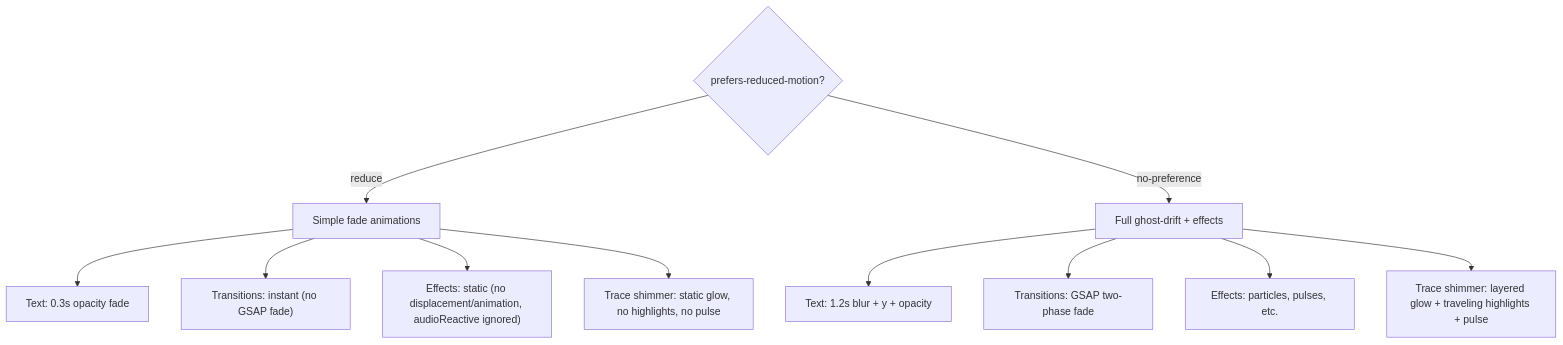
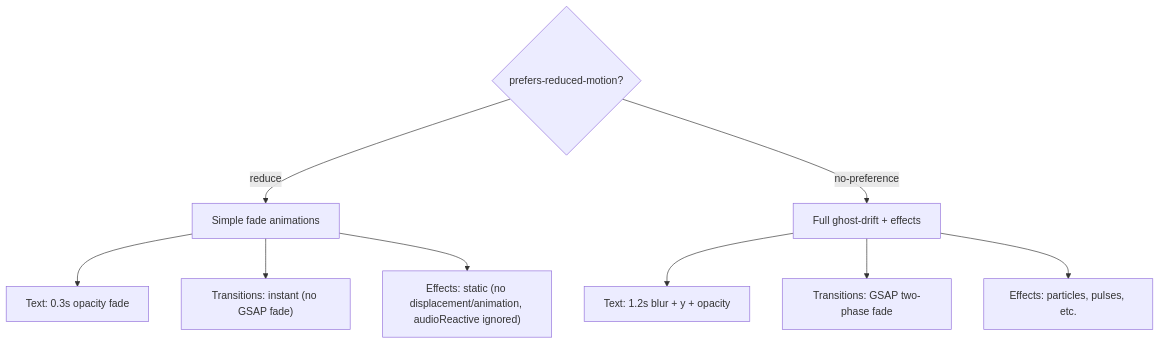
One commit to anchildress1/carbon-trace changed the second of 3 diagrams in docs/accessibility.md. Above: the diagram before and after it, drawn with Mermaid. The commit also changed other lines of this file and 58 other files, not shown here.

````diff
--- a/docs/accessibility.md
+++ b/docs/accessibility.md
@@ -63,15 +90,13 @@
 ```mermaid
 flowchart TD
     A{prefers-reduced-motion?} -->|reduce| B[Simple fade animations]
     A -->|no-preference| C[Full ghost-drift + effects]
 
     B --> D["Text: 0.3s opacity fade"]
     B --> E["Transitions: instant (no GSAP fade)"]
     B --> F["Effects: static (no displacement/animation, audioReactive ignored)"]
-    B --> G["Trace shimmer: static glow, no highlights, no pulse"]
 
     C --> H["Text: 1.2s blur + y + opacity"]
     C --> I["Transitions: GSAP two-phase fade"]
     C --> J["Effects: particles, pulses, etc."]
-    C --> K["Trace shimmer: layered glow + traveling highlights + pulse"]
 ```
````
